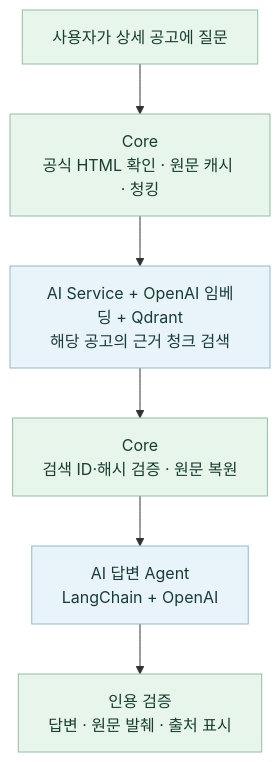
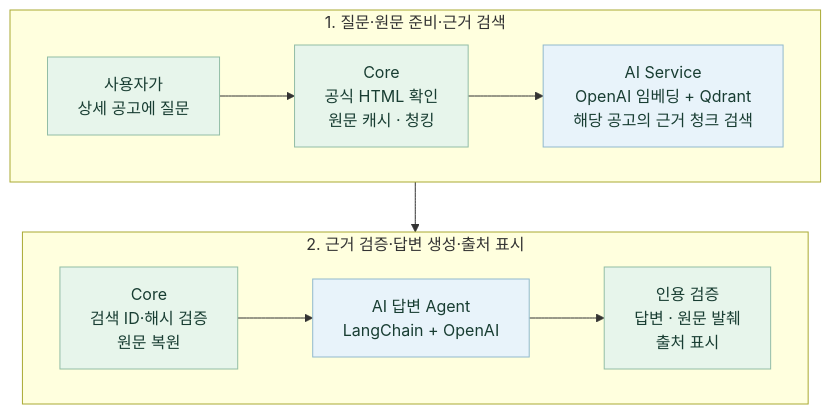
The third of 3 diagrams in README.md (20220348-kim/SKN34-4th-1Team), drawn with Mermaid before and after one commit. The commit also changed other lines of this file, not shown here.

````diff
--- a/README.md
+++ b/README.md
@@ -254,12 +260,18 @@
 ```mermaid
 flowchart TB
-    Question["사용자가 상세 공고에 질문"] --> Prepare["Core<br/>공식 HTML 확인 · 원문 캐시 · 청킹"]
-    Prepare --> Retrieve["AI Service + OpenAI 임베딩 + Qdrant<br/>해당 공고의 근거 청크 검색"]
-    Retrieve --> Verify["Core<br/>검색 ID·해시 검증 · 원문 복원"]
-    Verify --> Answer["AI 답변 Agent<br/>LangChain + OpenAI"]
-    Answer --> Cite["인용 검증<br/>답변 · 원문 발췌 · 출처 표시"]
+    subgraph EvidenceSearch["1. 질문·원문 준비·근거 검색"]
+        direction LR
+        Question["사용자가<br/>상세 공고에 질문"] --> Prepare["Core<br/>공식 HTML 확인<br/>원문 캐시 · 청킹"]
+        Prepare --> Retrieve["AI Service<br/>OpenAI 임베딩 + Qdrant<br/>해당 공고의 근거 청크 검색"]
+    end
+    subgraph AnswerGeneration["2. 근거 검증·답변 생성·출처 표시"]
+        direction LR
+        Verify["Core<br/>검색 ID·해시 검증<br/>원문 복원"] --> Answer["AI 답변 Agent<br/>LangChain + OpenAI"]
+        Answer --> Cite["인용 검증<br/>답변 · 원문 발췌<br/>출처 표시"]
+    end
+    EvidenceSearch --> AnswerGeneration
     classDef step fill:#e7f5eb,stroke:#92bda6,color:#183d32
     classDef ai fill:#e8f3fa,stroke:#91b9cd,color:#183d32
     class Question,Prepare,Verify,Cite step
     class Retrieve,Answer ai
 ```
````
